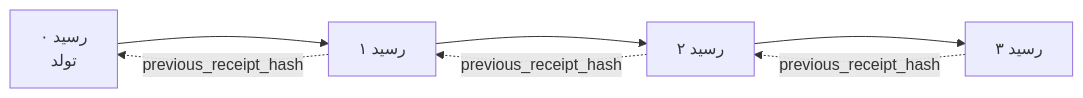
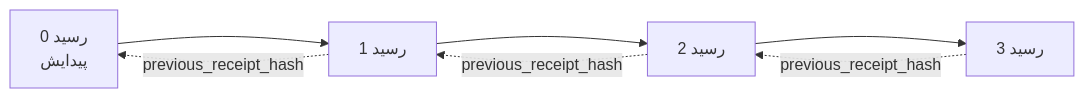
One commit to gabrielmoreira/agent-skills-mirror changed the second of 2 diagrams in mirrors/repos/microsoft@ai-agents-for-beginners/translations/fa/18-securing-ai-agents/README.md. Above: the diagram before and after it, drawn with Mermaid. The commit also changed other lines of this file and 4262 other files, not shown here.

````diff
--- a/mirrors/repos/microsoft@ai-agents-for-beginners/translations/fa/18-securing-ai-agents/README.md
+++ b/mirrors/repos/microsoft@ai-agents-for-beginners/translations/fa/18-securing-ai-agents/README.md
@@ -206,9 +203,9 @@
 ```mermaid
 flowchart LR
-    R0[رسید ۰<br/>تولد] --> R1[رسید ۱]
-    R1 --> R2[رسید ۲]
-    R2 --> R3[رسید ۳]
+    R0[رسید 0<br/> پیدایش] --> R1[رسید 1]
+    R1 --> R2[رسید 2]
+    R2 --> R3[رسید 3]
     R1 -. previous_receipt_hash .-> R0
     R2 -. previous_receipt_hash .-> R1
     R3 -. previous_receipt_hash .-> R2
 ```
````
